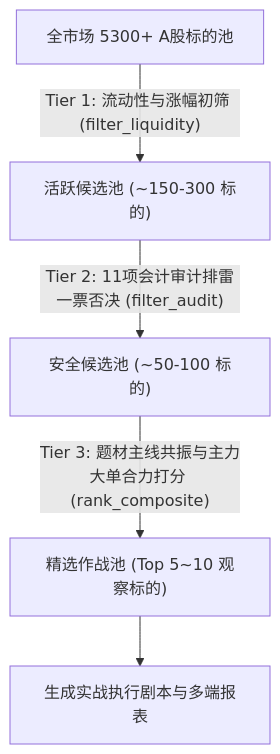
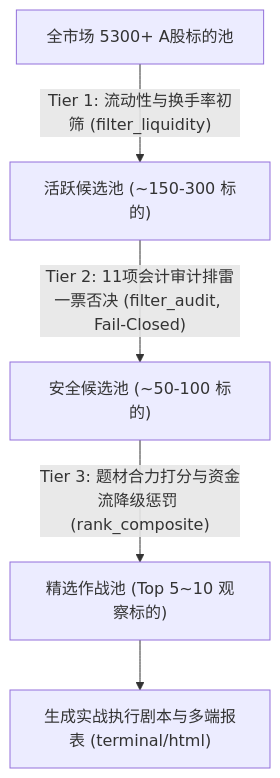
Before and after one commit to jxie8301-pixel/ast-trader: the second of 2 diagrams in docs/ARCHITECTURE.md, drawn with Mermaid. The commit also changed other lines of this file and 15 other files, not shown here.

Commit message:
refactor(architecture): resolve Round 3 audit issues - modularize judgment chain, persist state machine, decouple lint and surface capital flow

````diff
--- a/docs/ARCHITECTURE.md
+++ b/docs/ARCHITECTURE.md
@@ -121,7 +134,7 @@
 ```mermaid
 flowchart TD
-    A["全市场 5300+ A股标的池"] -->|"Tier 1: 流动性与涨幅初筛 (filter_liquidity)"| B["活跃候选池 (~150-300 标的)"]
-    B -->|"Tier 2: 11项会计审计排雷一票否决 (filter_audit)"| C["安全候选池 (~50-100 标的)"]
-    C -->|"Tier 3: 题材主线共振与主力大单合力打分 (rank_composite)"| D["精选作战池 (Top 5~10 观察标的)"]
-    D --> E["生成实战执行剧本与多端报表"]
+    A["全市场 5300+ A股标的池"] -->|"Tier 1: 流动性与换手率初筛 (filter_liquidity)"| B["活跃候选池 (~150-300 标的)"]
+    B -->|"Tier 2: 11项会计审计排雷一票否决 (filter_audit, Fail-Closed)"| C["安全候选池 (~50-100 标的)"]
+    C -->|"Tier 3: 题材合力打分与资金流降级惩罚 (rank_composite)"| D["精选作战池 (Top 5~10 观察标的)"]
+    D --> E["生成实战执行剧本与多端报表 (terminal/html)"]
 ```
````
